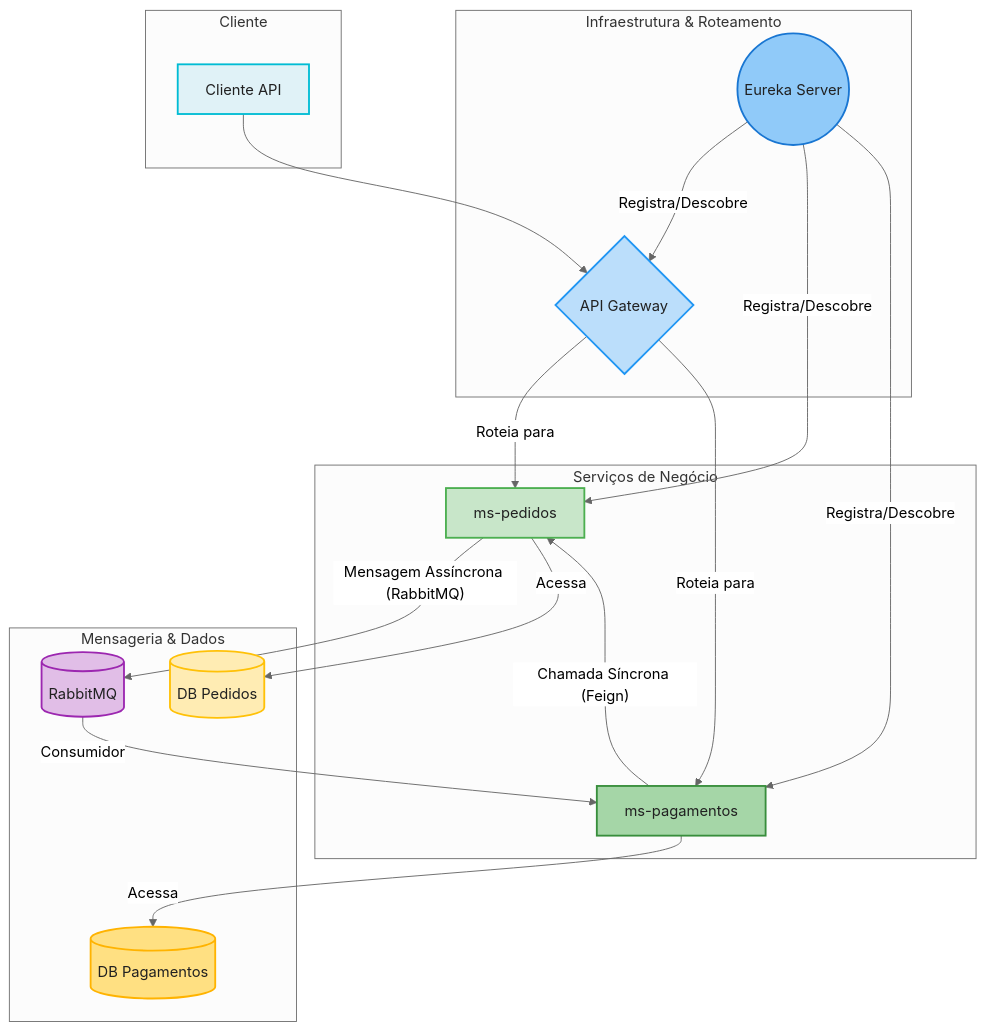
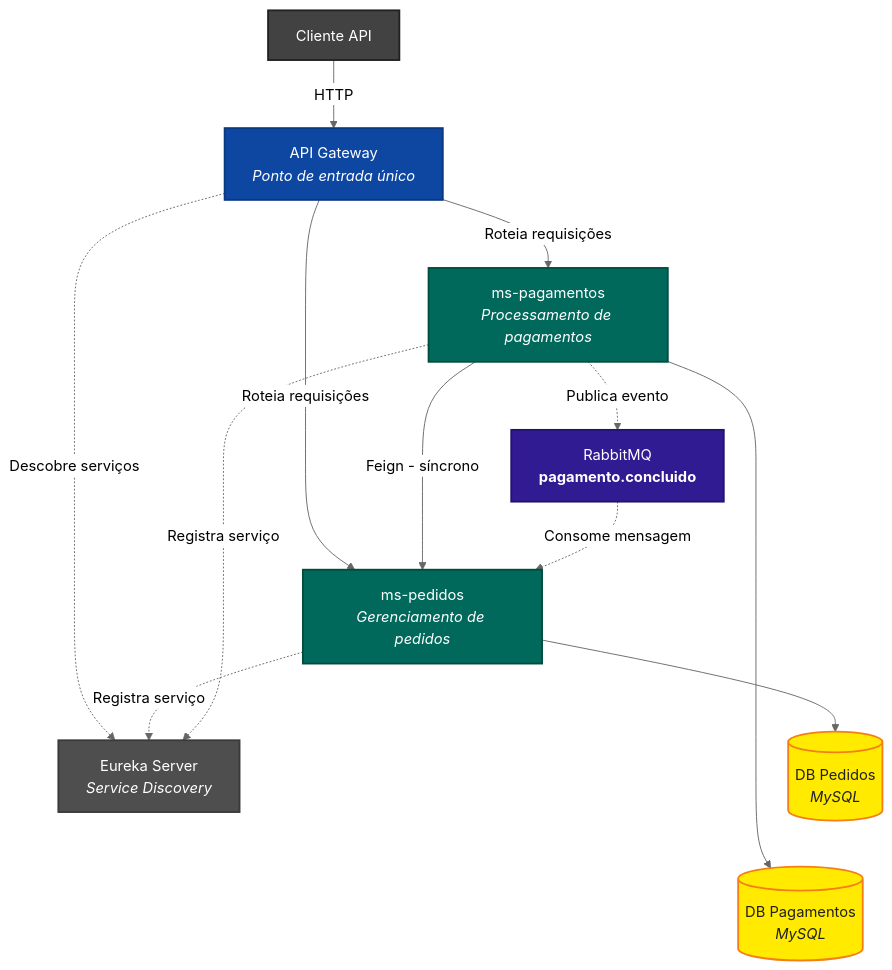
Before and after one commit to nivaldo-silva/sistema-delivery: the diagram in README.md, drawn with Mermaid (neutral theme). The commit also changed other lines of this file, not shown here.

````diff
--- a/README.md
+++ b/README.md
@@ -22,43 +33,51 @@
 ```mermaid
 graph TD
-    subgraph Cliente
-        A[Cliente API]
-        style A fill:#e0f2f7,stroke:#00bcd4,stroke-width:2px,color:#212121
-    end
 
-    subgraph Infraestrutura & Roteamento
-        B{API Gateway}
-        style B fill:#bbdefb,stroke:#2196f3,stroke-width:2px,color:#212121
-        E((Eureka Server))
-        style E fill:#90caf9,stroke:#1976d2,stroke-width:2px,color:#212121
-    end
+    %% Estilos
+    classDef cliente fill:#424242,stroke:#212121,stroke-width:2px,color:#ffffff;
+    classDef gateway fill:#0d47a1,stroke:#0a3980,stroke-width:2px,color:#ffffff;
+    classDef eureka fill:#4e4e4e,stroke:#3a3a3a,stroke-width:2px,color:#ffffff;
+    classDef negocio fill:#00695c,stroke:#004d40,stroke-width:2px,color:#ffffff;
+    classDef mq fill:#311b92,stroke:#23136d,stroke-width:2px,color:#ffffff;
+    classDef db fill:#ffea00,stroke:#f57f17,stroke-width:2px,color:#212121;
 
-    subgraph Serviços de Negócio
-        C[ms-pedidos]
-        style C fill:#c8e6c9,stroke:#4caf50,stroke-width:2px,color:#212121
-        D[ms-pagamentos]
-        style D fill:#a5d6a7,stroke:#388e3c,stroke-width:2px,color:#212121
-    end
+    %% Cliente
+    A[Cliente API]:::cliente
 
-    subgraph Mensageria & Dados
-        F[(RabbitMQ)]
-        style F fill:#e1bee7,stroke:#9c27b0,stroke-width:2px,color:#212121
-        G[(DB Pedidos)]
-        style G fill:#ffecb3,stroke:#ffc107,stroke-width:2px,color:#212121
-        H[(DB Pagamentos)]
-        style H fill:#ffe082,stroke:#ffb300,stroke-width:2px,color:#212121
-    end
+    %% Infraestrutura
+    B["API Gateway<br><i>Ponto de entrada único</i>"]:::gateway
+    E["Eureka Server<br><i>Service Discovery</i>"]:::eureka
 
-    A --> B;
-    B -- Roteia para --> C;
-    B -- Roteia para --> D;
-    E -- Registra/Descobre --> B;
-    E -- Registra/Descobre --> C;
-    E -- Registra/Descobre --> D;
+    %% Microsserviços
+    C["ms-pedidos<br><i>Gerenciamento de pedidos</i>"]:::negocio
+    D["ms-pagamentos<br><i>Processamento de pagamentos</i>"]:::negocio
 
-    D -- Chamada Síncrona (Feign) --> C;
-    C -- Mensagem Assíncrona (RabbitMQ) --> F;
-    F -- Consumidor --> D;
-    C -- Acessa --> G;
-    D -- Acessa --> H;
+    %% Mensageria
+    F["RabbitMQ<br><b>pagamento.concluido</b>"]:::mq
+
+    %% Bancos
+    G[("DB Pedidos<br><i>MySQL</i>")]:::db
+    H[("DB Pagamentos<br><i>MySQL</i>")]:::db
+
+    %% Fluxo HTTP
+    A -->|HTTP| B
+    B -->|Roteia requisições| C
+    B -->|Roteia requisições| D
+
+    %% Eureka
+    B -.->|Descobre serviços| E
+    C -.->|Registra serviço| E
+    D -.->|Registra serviço| E
+
+    %% Comunicação entre serviços
+    D -->|Feign - síncrono| C
+    D -.->|Publica evento| F
+    F -.->|Consome mensagem| C
+
+    %% Persistência
+    C --> G
+    D --> H
+
+    %% Alinhamento visual
+    G ~~~ H
 ```
````
